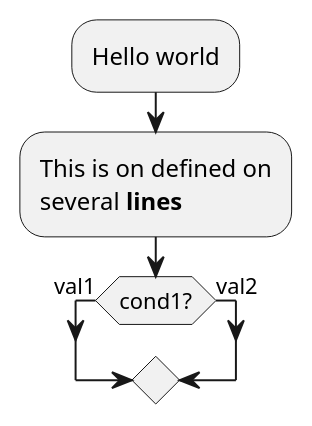
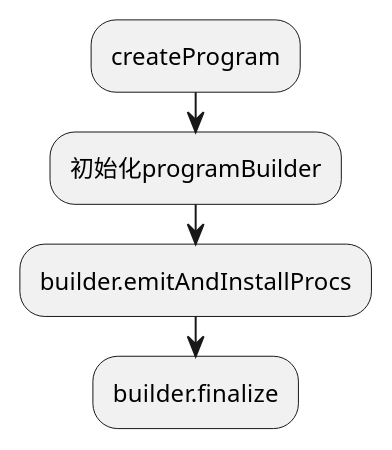
One commit to liuyanxing/note changed the diagram in skia/createProgram.puml. Above: the diagram before and after it, drawn with PlantUML. The commit also changed 1 other file, not shown here.

```diff
--- a/skia/createProgram.puml
+++ b/skia/createProgram.puml
@@ -1,10 +1,6 @@
 @startuml creatProgram
-:Hello world;
-:This is on defined on
-several **lines**;
-if (cond1?) then (val1)
-	
-else (val2)
-	
-endif
+:createProgram;
+:初始化programBuilder;
+:builder.emitAndInstallProcs;
+:builder.finalize;
 @enduml
```
